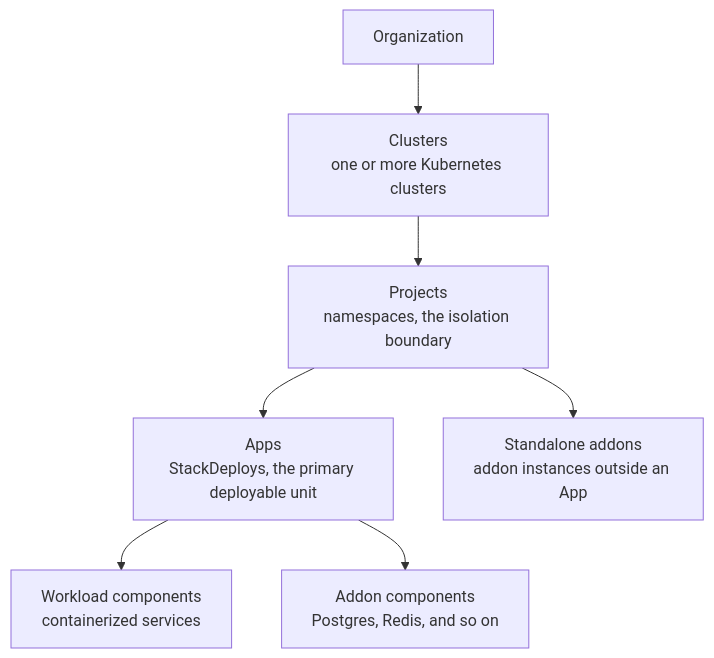
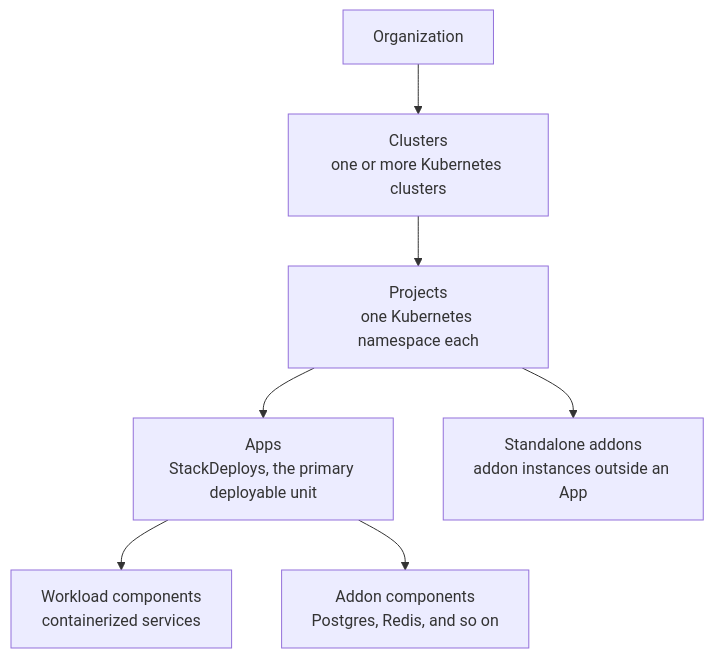
One commit to kubenesthq/docs changed the diagram in content/concepts/index.mdx. Above: the diagram before and after it, drawn with Mermaid. The commit also changed other lines of this file and 8 other files, not shown here.

````diff
--- a/content/concepts/index.mdx
+++ b/content/concepts/index.mdx
@@ -12,9 +12,9 @@
 ```mermaid
 flowchart TD
     ORG["Organization"] --> CL["Clusters<br/>one or more Kubernetes clusters"]
-    CL --> PR["Projects<br/>namespaces, the isolation boundary"]
+    CL --> PR["Projects<br/>one Kubernetes namespace each"]
     PR --> APP["Apps<br/>StackDeploys, the primary deployable unit"]
     PR --> SA["Standalone addons<br/>addon instances outside an App"]
     APP --> WC["Workload components<br/>containerized services"]
     APP --> AC["Addon components<br/>Postgres, Redis, and so on"]
 ```
````
